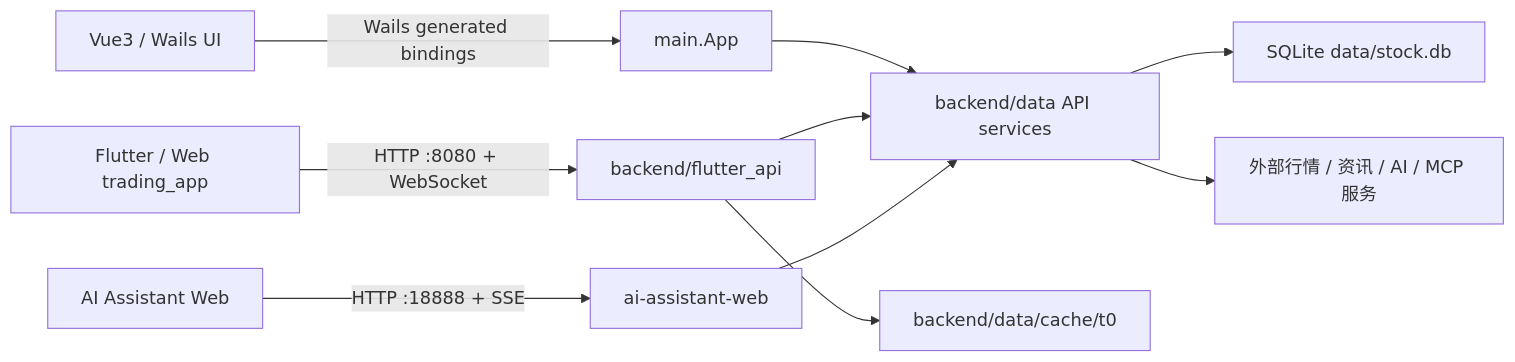
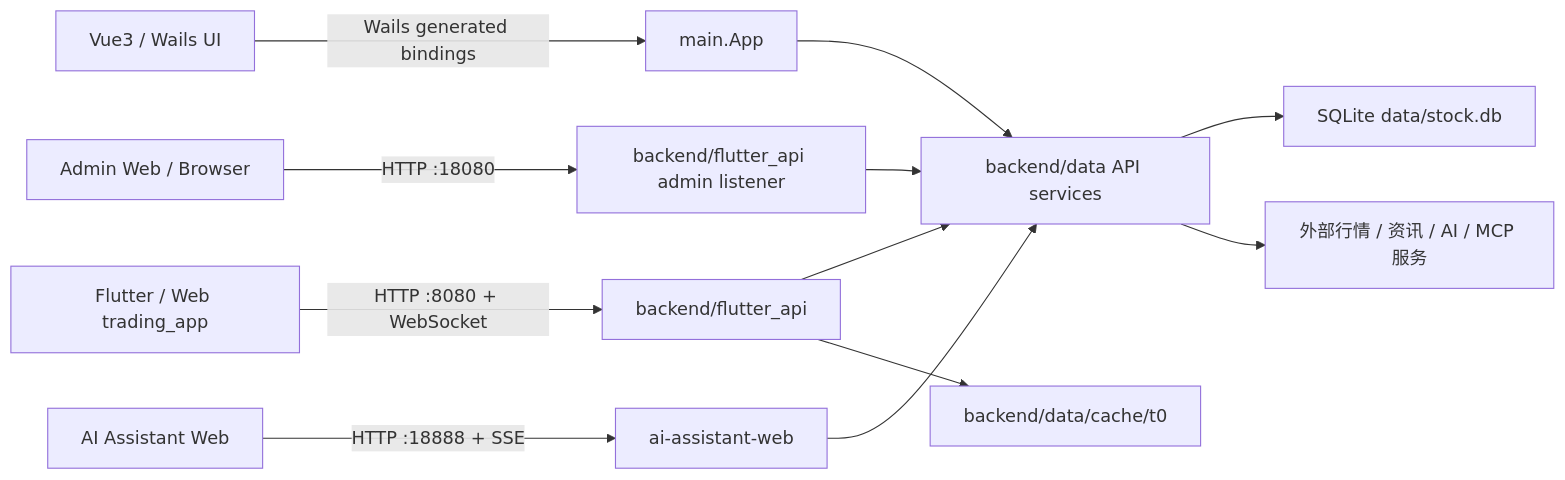
The diagram in PROJECT.md (chenchengyin/go-stock), drawn with Mermaid before and after one commit. The commit also changed other lines of this file and 2 other files, not shown here.

Commit message:
docs(admin): document standalone permission backend

````diff
--- a/PROJECT.md
+++ b/PROJECT.md
@@ -23,12 +24,14 @@
 ```mermaid
 flowchart LR
     V[Vue3 / Wails UI] -->|Wails generated bindings| A[main.App]
     F[Flutter / Web trading_app] -->|HTTP :8080 + WebSocket| H[backend/flutter_api]
+    MW[Admin Web / Browser] -->|HTTP :18080| AH[backend/flutter_api admin listener]
     W[AI Assistant Web] -->|HTTP :18888 + SSE| AW[ai-assistant-web]
     A --> D[backend/data API services]
     H --> D
+    AH --> D
     AW --> D
     D --> M[SQLite data/stock.db]
     D --> X[外部行情 / 资讯 / AI / MCP 服务]
     H --> C[backend/data/cache/t0]
 ```
````
